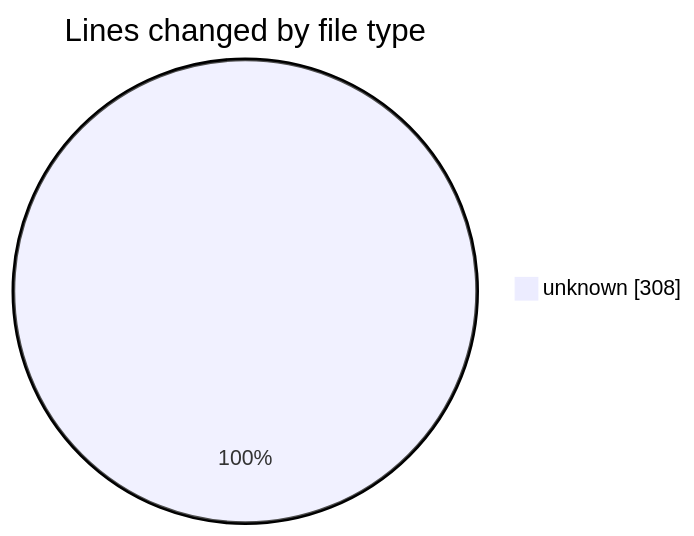
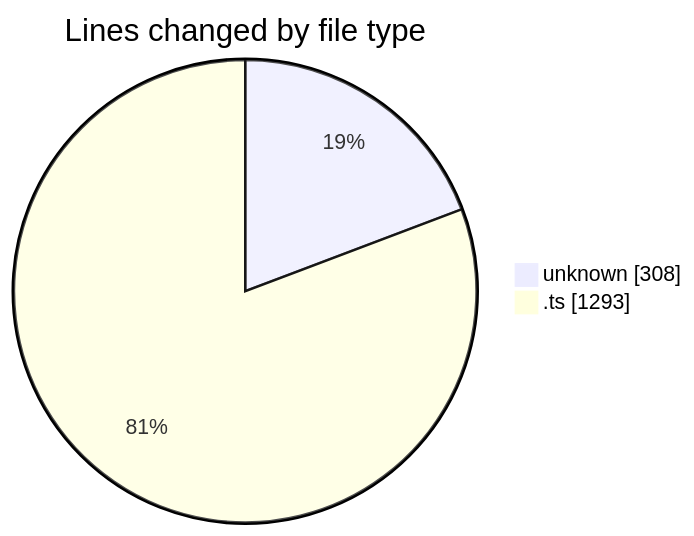
One commit to CELIANVF/code-tracking changed the first of 2 diagrams in 2025-06-13/ecodeli-1/README.md. Above: the diagram before and after it, drawn with Mermaid. The commit also changed other lines of this file and 1 other file, not shown here.

````diff
--- a/2025-06-13/ecodeli-1/README.md
+++ b/2025-06-13/ecodeli-1/README.md
@@ -21,5 +23,6 @@
 ```mermaid
 pie showData
 title Lines changed by file type
 "unknown" : 308
+".ts" : 1293
 ```
````
